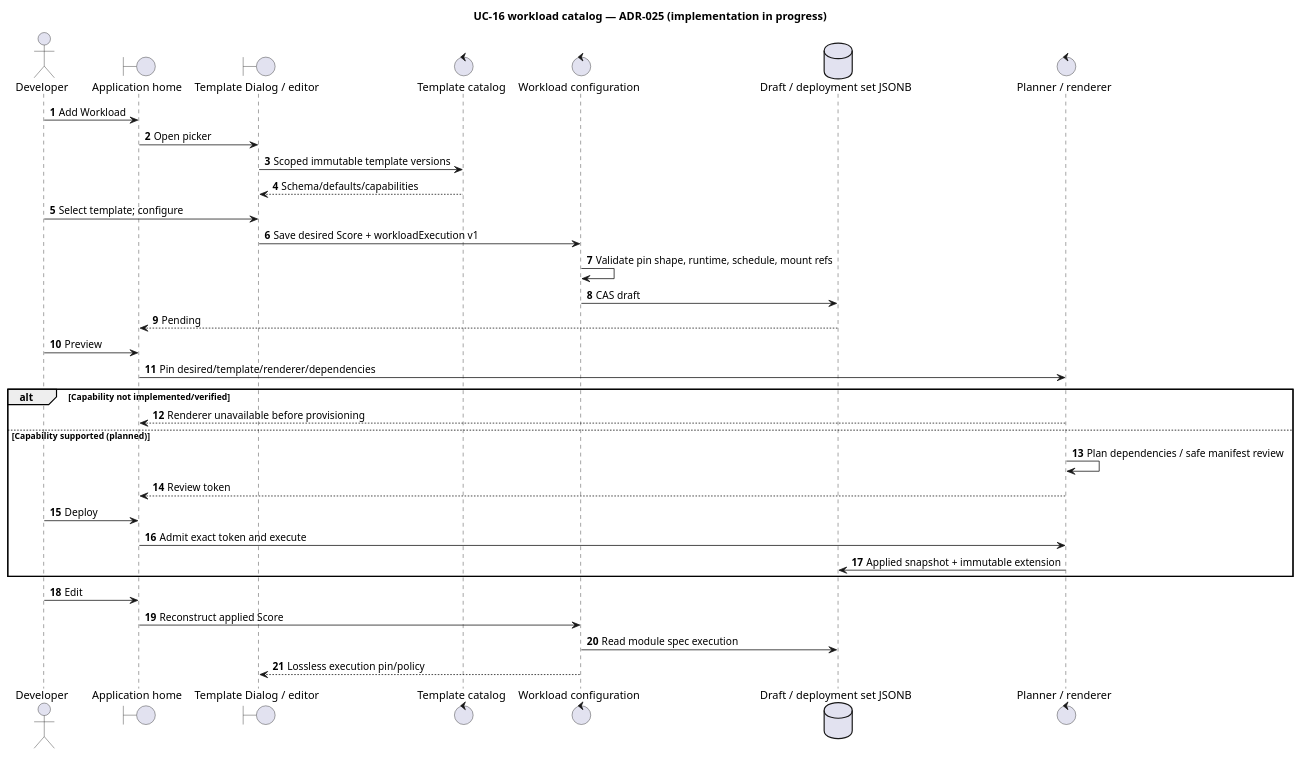
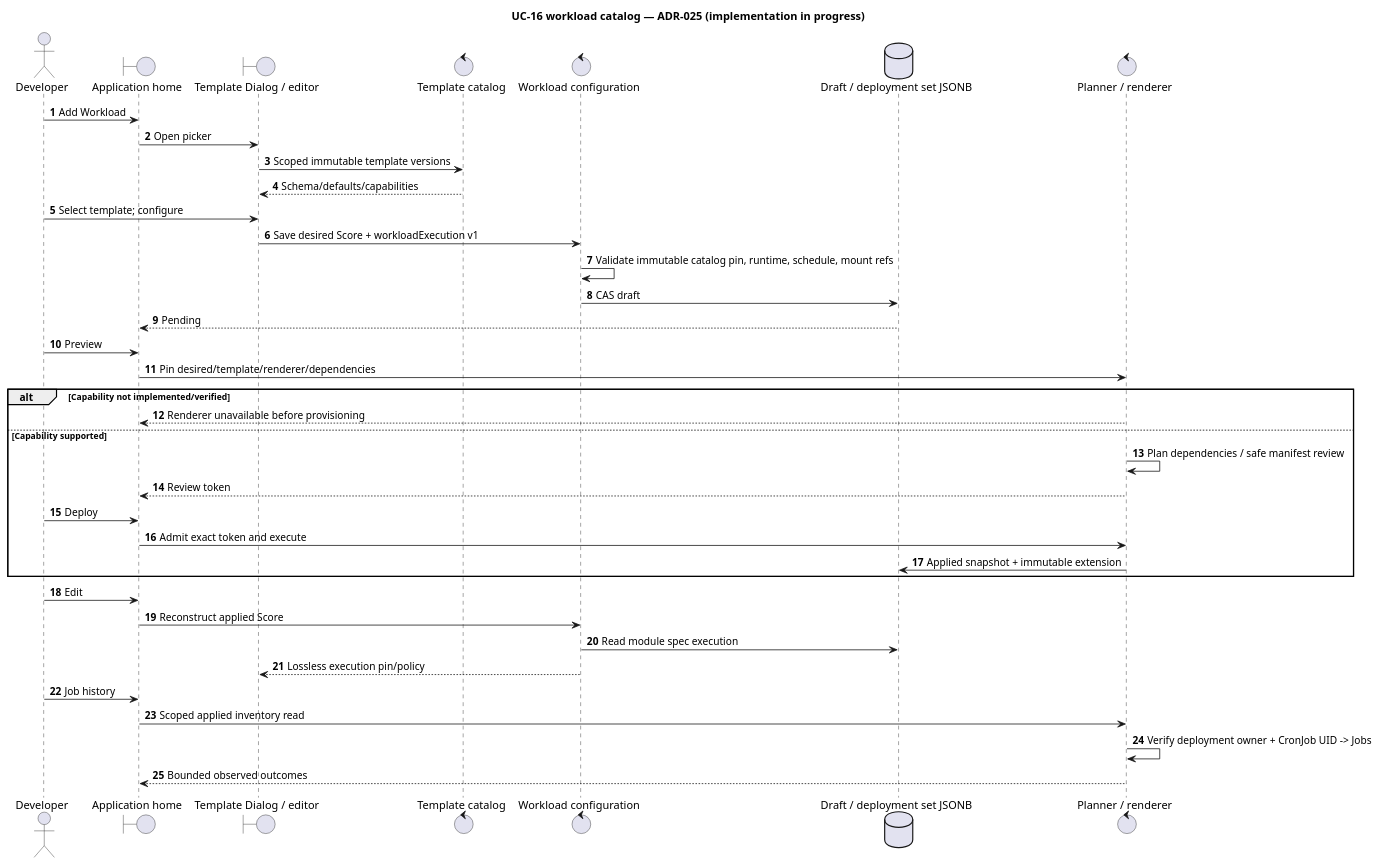
One commit to pr3s3nt/poc changed the diagram in orchestrator_docs/usecase/UC-16/workload-catalog-sequence.puml. Above: the diagram before and after it, drawn with PlantUML. The commit also changed 44 other files, not shown here.

Commit message:
feat(workloads): add owned Job history and verify persistent workload lifecycle

```diff
--- a/orchestrator_docs/usecase/UC-16/workload-catalog-sequence.puml
+++ b/orchestrator_docs/usecase/UC-16/workload-catalog-sequence.puml
@@ -1,35 +1,39 @@
 @startuml
 title UC-16 workload catalog — ADR-025 (implementation in progress)
 autonumber
 actor Developer
 boundary "Application home" as Home
 boundary "Template Dialog / editor" as UI
 control "Template catalog" as Catalog
 control "Workload configuration" as Config
 database "Draft / deployment set JSONB" as Store
 control "Planner / renderer" as Runtime
 Developer -> Home: Add Workload
 Home -> UI: Open picker
 UI -> Catalog: Scoped immutable template versions
 Catalog --> UI: Schema/defaults/capabilities
 Developer -> UI: Select template; configure
 UI -> Config: Save desired Score + workloadExecution v1
-Config -> Config: Validate pin shape, runtime, schedule, mount refs
+Config -> Config: Validate immutable catalog pin, runtime, schedule, mount refs
 Config -> Store: CAS draft
 Store --> Home: Pending
 Developer -> Home: Preview
 Home -> Runtime: Pin desired/template/renderer/dependencies
 alt Capability not implemented/verified
  Runtime --> Home: Renderer unavailable before provisioning
-else Capability supported (planned)
+else Capability supported
  Runtime -> Runtime: Plan dependencies / safe manifest review
  Runtime --> Home: Review token
  Developer -> Home: Deploy
  Home -> Runtime: Admit exact token and execute
  Runtime -> Store: Applied snapshot + immutable extension
 end
 Developer -> Home: Edit
 Home -> Config: Reconstruct applied Score
 Config -> Store: Read module spec execution
 Config --> UI: Lossless execution pin/policy
+Developer -> Home: Job history
+Home -> Runtime: Scoped applied inventory read
+Runtime -> Runtime: Verify deployment owner + CronJob UID -> Jobs
+Runtime --> Home: Bounded observed outcomes
 @enduml
```
